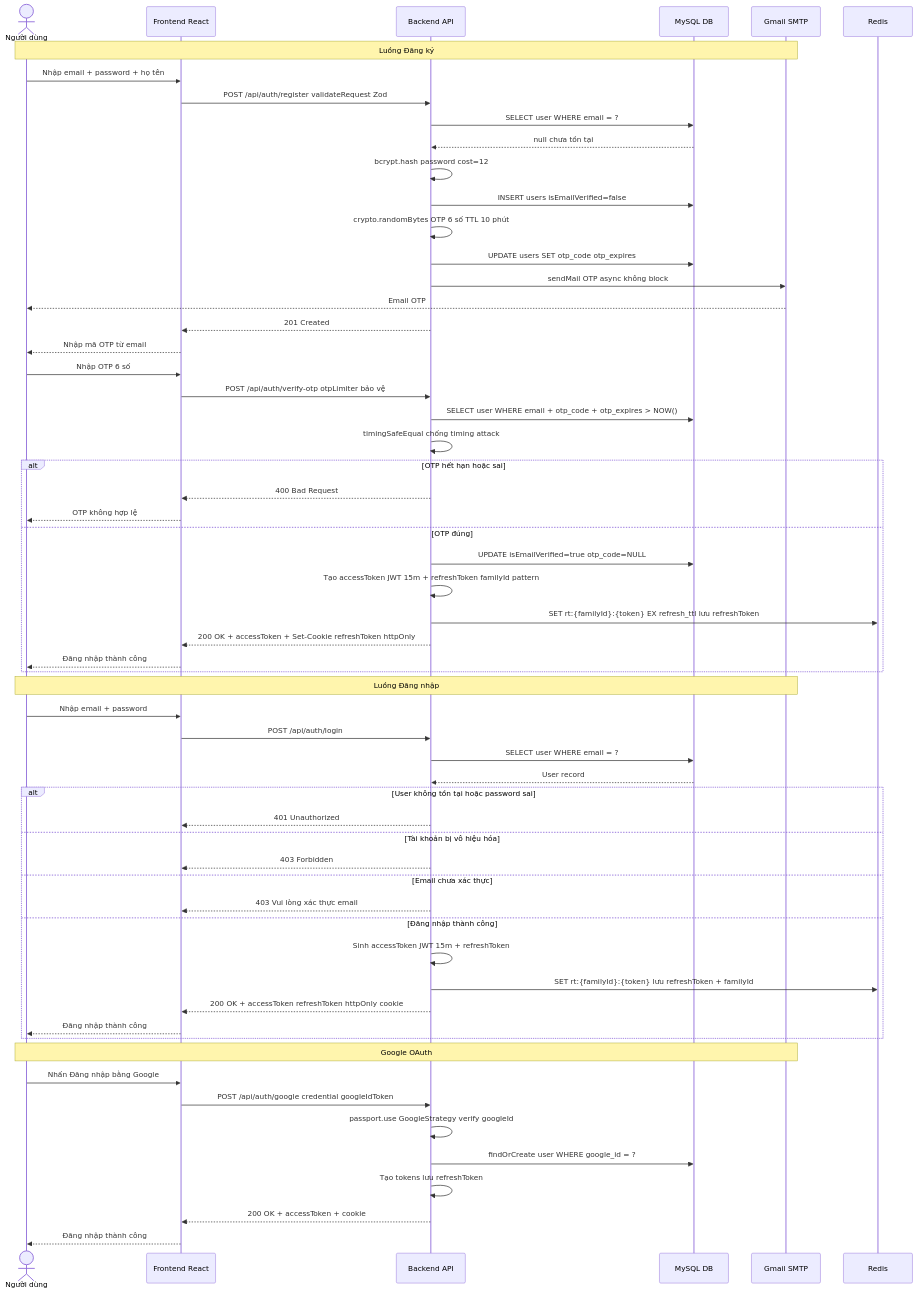
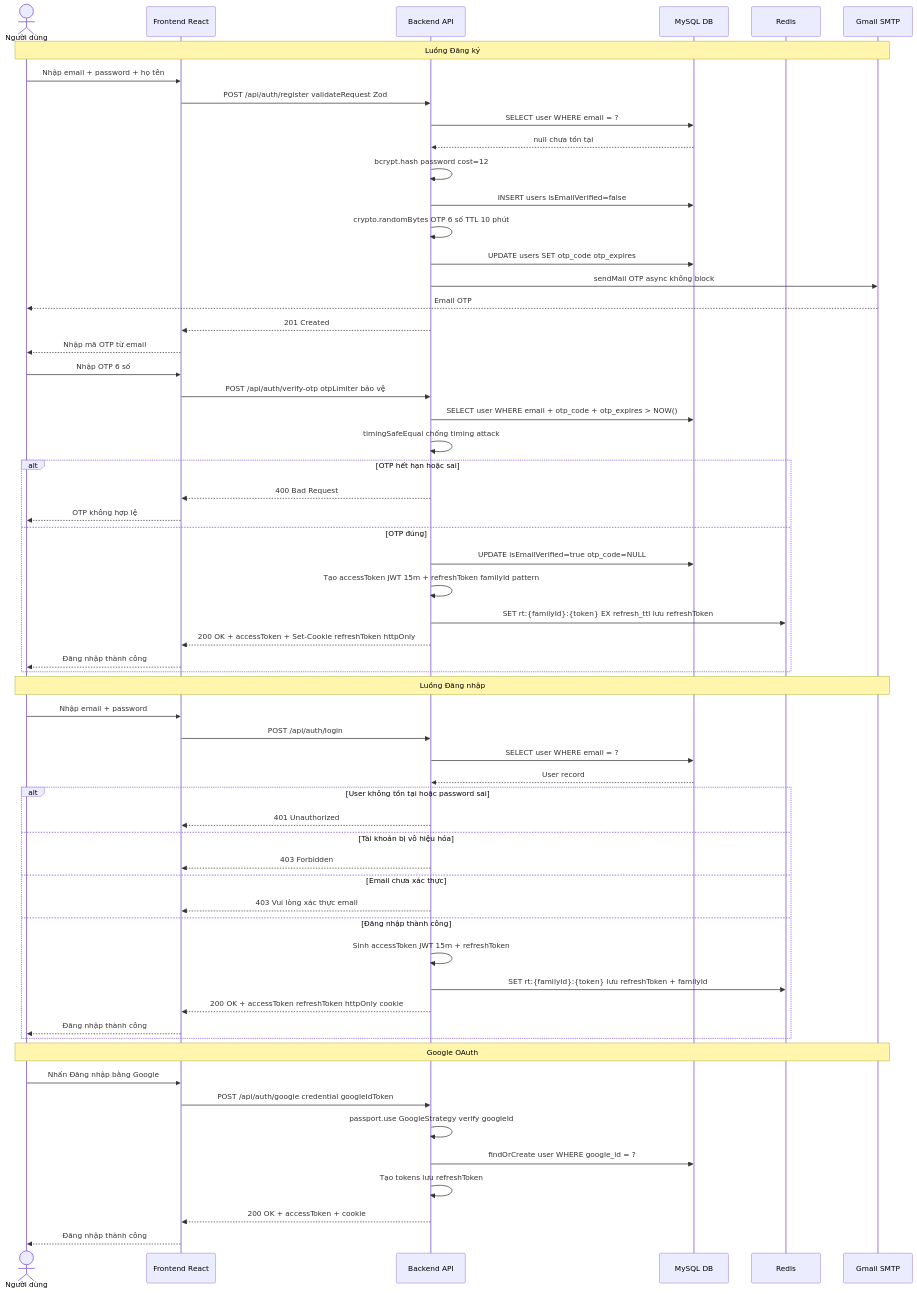
Before and after one commit to MinhThang1009/E-commerce-website: diagram 12 of 29 in DIAGRAMS.md, drawn with Mermaid.

Commit message:
docs: thêm participant Redis vào sequence 3.1

````diff
--- a/DIAGRAMS.md
+++ b/DIAGRAMS.md
@@ -461,68 +461,69 @@
 ```mermaid
 sequenceDiagram
     actor User as Người dùng
     participant FE as Frontend React
     participant API as Backend API
     participant DB as MySQL DB
+    participant Redis as Redis
     participant Mail as Gmail SMTP
 
     Note over User,Mail: Luồng Đăng ký
 
     User->>FE: Nhập email + password + họ tên
     FE->>API: POST /api/auth/register validateRequest Zod
     API->>DB: SELECT user WHERE email = ?
     DB-->>API: null chưa tồn tại
     API->>API: bcrypt.hash password cost=12
     API->>DB: INSERT users isEmailVerified=false
     API->>API: crypto.randomBytes OTP 6 số TTL 10 phút
     API->>DB: UPDATE users SET otp_code otp_expires
     API->>Mail: sendMail OTP async không block
     Mail-->>User: Email OTP
     API-->>FE: 201 Created
     FE-->>User: Nhập mã OTP từ email
 
     User->>FE: Nhập OTP 6 số
     FE->>API: POST /api/auth/verify-otp otpLimiter bảo vệ
     API->>DB: SELECT user WHERE email + otp_code + otp_expires > NOW()
     API->>API: timingSafeEqual chống timing attack
     alt OTP hết hạn hoặc sai
         API-->>FE: 400 Bad Request
         FE-->>User: OTP không hợp lệ
     else OTP đúng
         API->>DB: UPDATE isEmailVerified=true otp_code=NULL
         API->>API: Tạo accessToken JWT 15m + refreshToken familyId pattern
         API->>Redis: SET rt:{familyId}:{token} EX refresh_ttl lưu refreshToken
         API-->>FE: 200 OK + accessToken + Set-Cookie refreshToken httpOnly
         FE-->>User: Đăng nhập thành công
     end
 
     Note over User,Mail: Luồng Đăng nhập
 
     User->>FE: Nhập email + password
     FE->>API: POST /api/auth/login
     API->>DB: SELECT user WHERE email = ?
     DB-->>API: User record
 
     alt User không tồn tại hoặc password sai
         API-->>FE: 401 Unauthorized
     else Tài khoản bị vô hiệu hóa
         API-->>FE: 403 Forbidden
     else Email chưa xác thực
         API-->>FE: 403 Vui lòng xác thực email
     else Đăng nhập thành công
         API->>API: Sinh accessToken JWT 15m + refreshToken
         API->>Redis: SET rt:{familyId}:{token} lưu refreshToken + familyId
         API-->>FE: 200 OK + accessToken refreshToken httpOnly cookie
         FE-->>User: Đăng nhập thành công
     end
 
     Note over User,Mail: Google OAuth
 
     User->>FE: Nhấn Đăng nhập bằng Google
     FE->>API: POST /api/auth/google credential googleIdToken
     API->>API: passport.use GoogleStrategy verify googleId
     API->>DB: findOrCreate user WHERE google_id = ?
     API->>API: Tạo tokens lưu refreshToken
     API-->>FE: 200 OK + accessToken + cookie
     FE-->>User: Đăng nhập thành công
 ```
````
